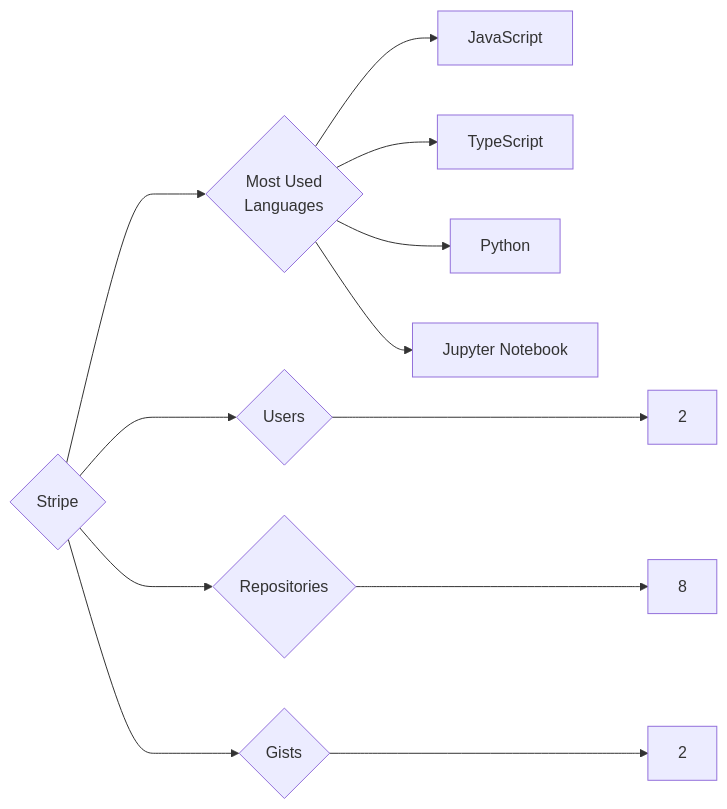
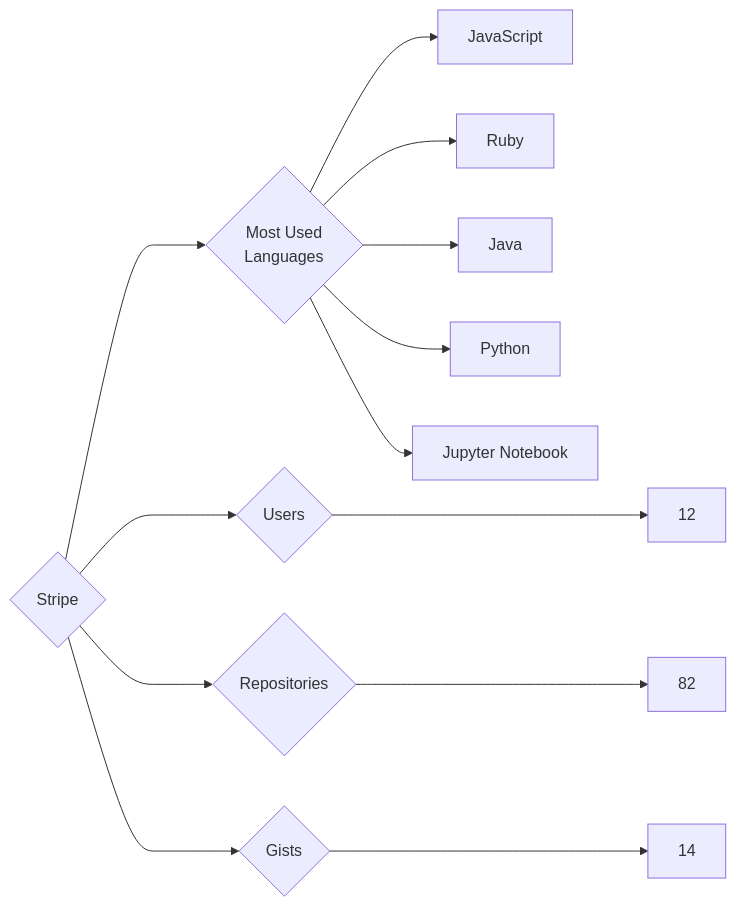
One commit to trickest/insiders changed the diagram in targets/Stripe/README.md. Above: the diagram before and after it, drawn with Mermaid. The commit also changed 964 other files, not shown here.

````diff
--- a/targets/Stripe/README.md
+++ b/targets/Stripe/README.md
@@ -3,12 +3,13 @@
 ```mermaid
 graph LR
 COMPANY_NAME{Stripe}
-COMPANY_NAME ---> U{Users} ---> UN[2]
-COMPANY_NAME ---> R{Repositories} ---> RN[8]
-COMPANY_NAME ---> G{Gists} ---> GN[2]
+COMPANY_NAME ---> U{Users} ---> UN[12]
+COMPANY_NAME ---> R{Repositories} ---> RN[82]
+COMPANY_NAME ---> G{Gists} ---> GN[14]
 COMPANY_NAME ---> ML{Most Used<br>Languages}
 ML --> JavaScript[JavaScript]
-ML --> TypeScript[TypeScript]
+ML --> Ruby[Ruby]
+ML --> Java[Java]
 ML --> Python[Python]
 ML --> Jupyter_Notebook[Jupyter Notebook]
 ```
````
